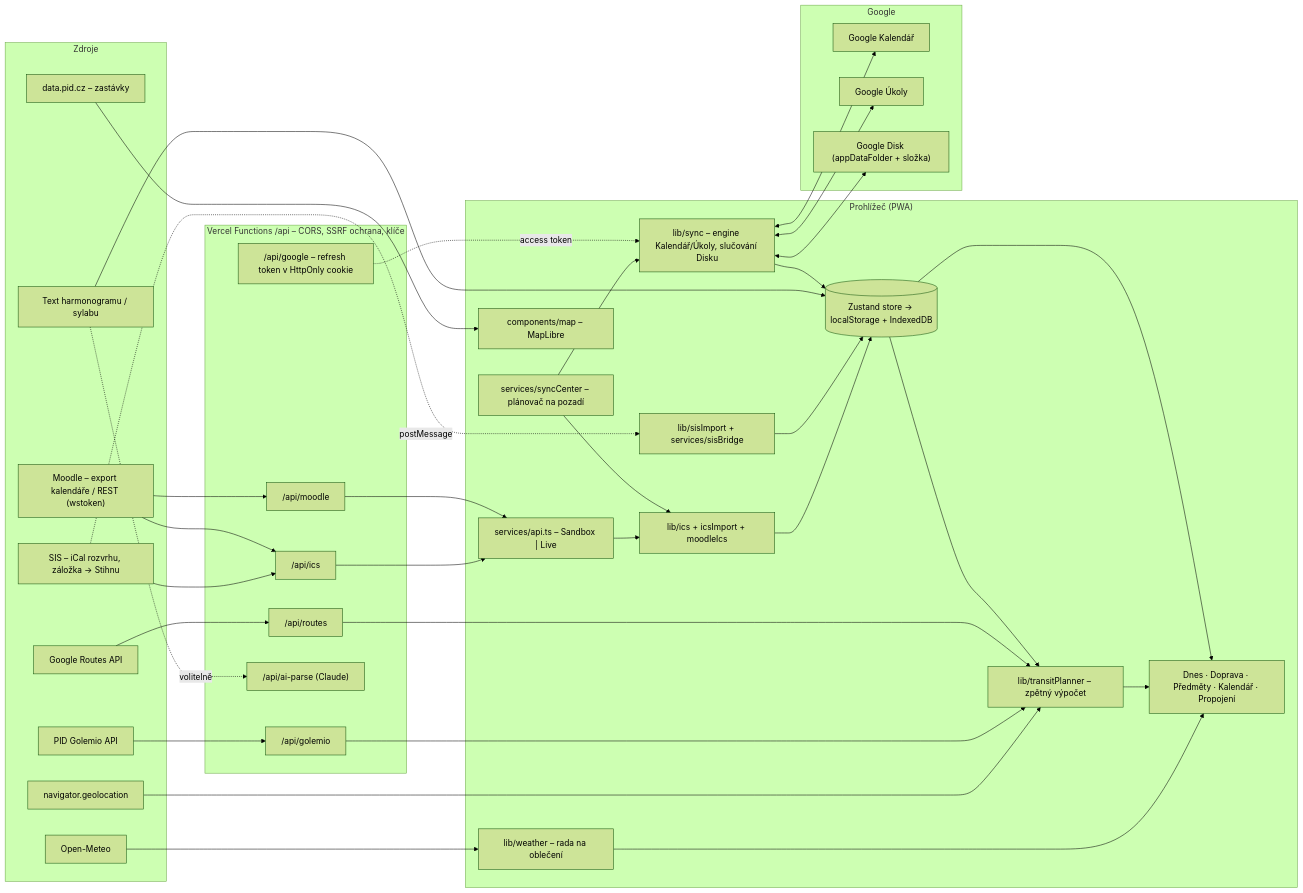
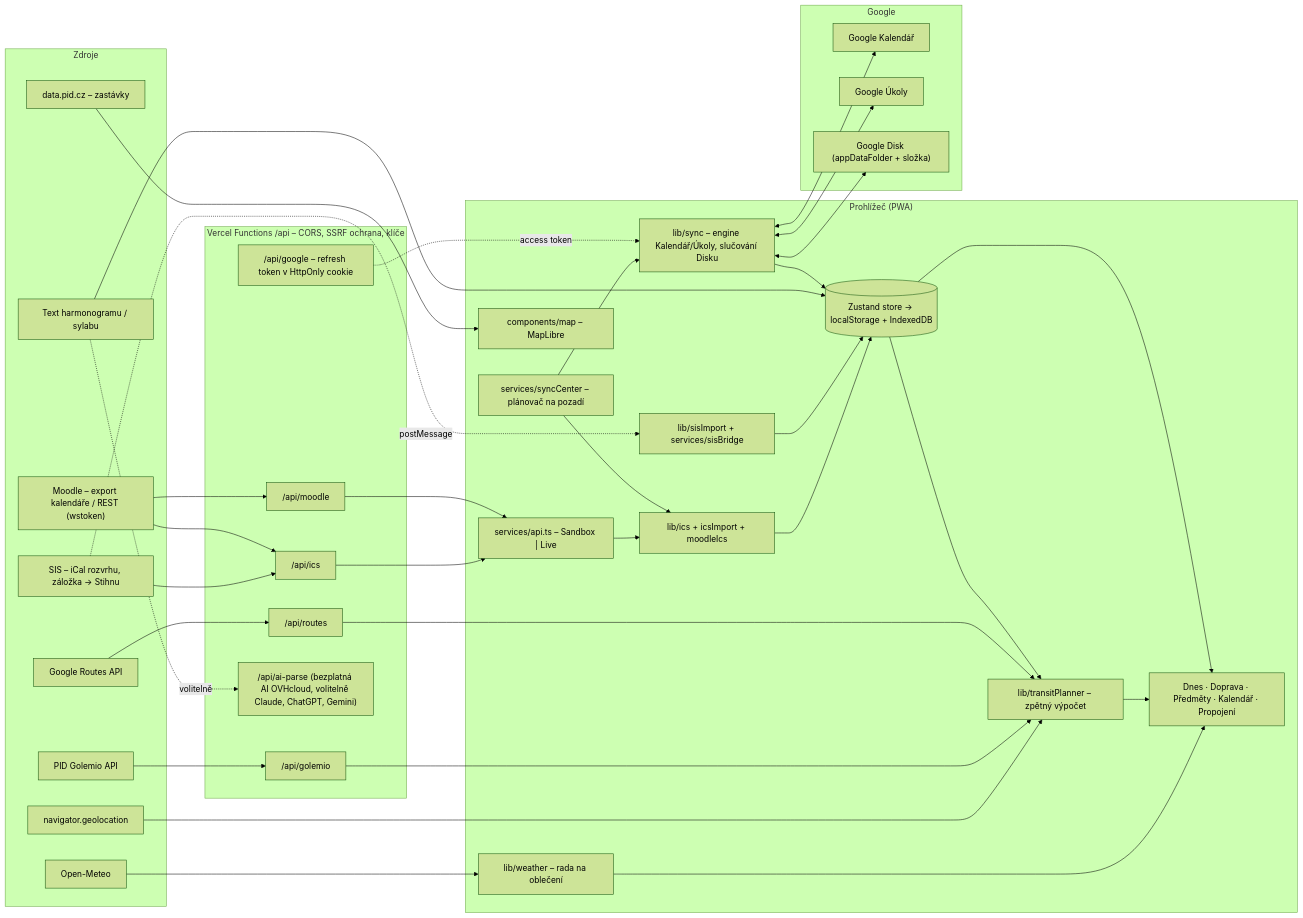
The diagram in ARCHITECTURE.md (andron297/prazskystudent), drawn with Mermaid (forest theme) before and after one commit. The commit also changed 214 other files, not shown here.

````diff
--- a/ARCHITECTURE.md
+++ b/ARCHITECTURE.md
@@ -6,62 +6,62 @@
 ```mermaid
 flowchart LR
   subgraph Zdroje
     SIS["SIS – iCal rozvrhu, záložka → Stihnu"]
     MOODLE["Moodle – export kalendáře / REST (wstoken)"]
     TEXT["Text harmonogramu / sylabu"]
     GPS["navigator.geolocation"]
     GOL["PID Golemio API"]
     ROUTES["Google Routes API"]
     PID["data.pid.cz – zastávky"]
     METEO["Open-Meteo"]
   end
 
   subgraph Proxy["Vercel Functions /api – CORS, SSRF ochrana, klíče"]
     PICS["/api/ics"]
     PMOO["/api/moodle"]
     PGOL["/api/golemio"]
     PRT["/api/routes"]
-    PAI["/api/ai-parse (Claude)"]
+    PAI["/api/ai-parse (bezplatná AI OVHcloud, volitelně Claude, ChatGPT, Gemini)"]
     PGOO["/api/google – refresh token v HttpOnly cookie"]
   end
 
   subgraph Klient["Prohlížeč (PWA)"]
     API["services/api.ts – Sandbox | Live"]
     CENTER["services/syncCenter – plánovač na pozadí"]
     ENGINE["lib/sync – engine Kalendář/Úkoly, slučování Disku"]
     ICSP["lib/ics + icsImport + moodleIcs"]
     SISP["lib/sisImport + services/sisBridge"]
     PLAN["lib/transitPlanner – zpětný výpočet"]
     MAP["components/map – MapLibre"]
     WEATHER["lib/weather – rada na oblečení"]
     STORE[("Zustand store → localStorage + IndexedDB")]
     UI["Dnes · Doprava · Předměty · Kalendář · Propojení"]
   end
 
   subgraph Google
     GCAL["Google Kalendář"]
     GTASKS["Google Úkoly"]
     GDRIVE["Google Disk (appDataFolder + složka)"]
   end
 
   SIS --> PICS --> API --> ICSP --> STORE
   MOODLE --> PICS
   MOODLE --> PMOO --> API
   SIS -. postMessage .-> SISP --> STORE
   TEXT --> STORE
   TEXT -. volitelně .-> PAI
   GPS --> PLAN
   GOL --> PGOL --> PLAN
   ROUTES --> PRT --> PLAN
   PID --> MAP
   METEO --> WEATHER --> UI
   STORE --> PLAN --> UI
   CENTER --> ICSP
   CENTER --> ENGINE
   ENGINE <--> GCAL
   ENGINE <--> GTASKS
   ENGINE <--> GDRIVE
   ENGINE --> STORE
   PGOO -. access token .-> ENGINE
   STORE --> UI
 ```
````
